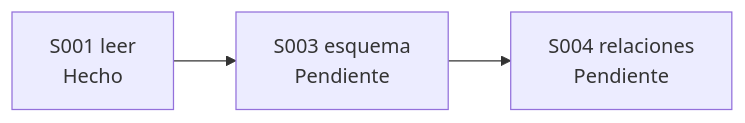
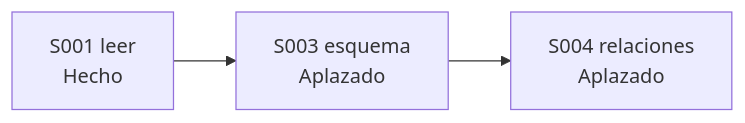
Before and after one commit to jliberal-aquas/aquas-central-harness-government: the third of 3 diagrams in docs/E001/F003/README.md, drawn with Mermaid. The commit also changed other lines of this file and 3 other files, not shown here.

````diff
--- a/docs/E001/F003/README.md
+++ b/docs/E001/F003/README.md
@@ -108,5 +109,5 @@
 ```mermaid
 flowchart LR
-    S1["S001 leer<br/>Hecho"] --> S3["S003 esquema<br/>Pendiente"]
-    S3 --> S4["S004 relaciones<br/>Pendiente"]
+    S1["S001 leer<br/>Hecho"] --> S3["S003 esquema<br/>Aplazado"]
+    S3 --> S4["S004 relaciones<br/>Aplazado"]
 ```
````
